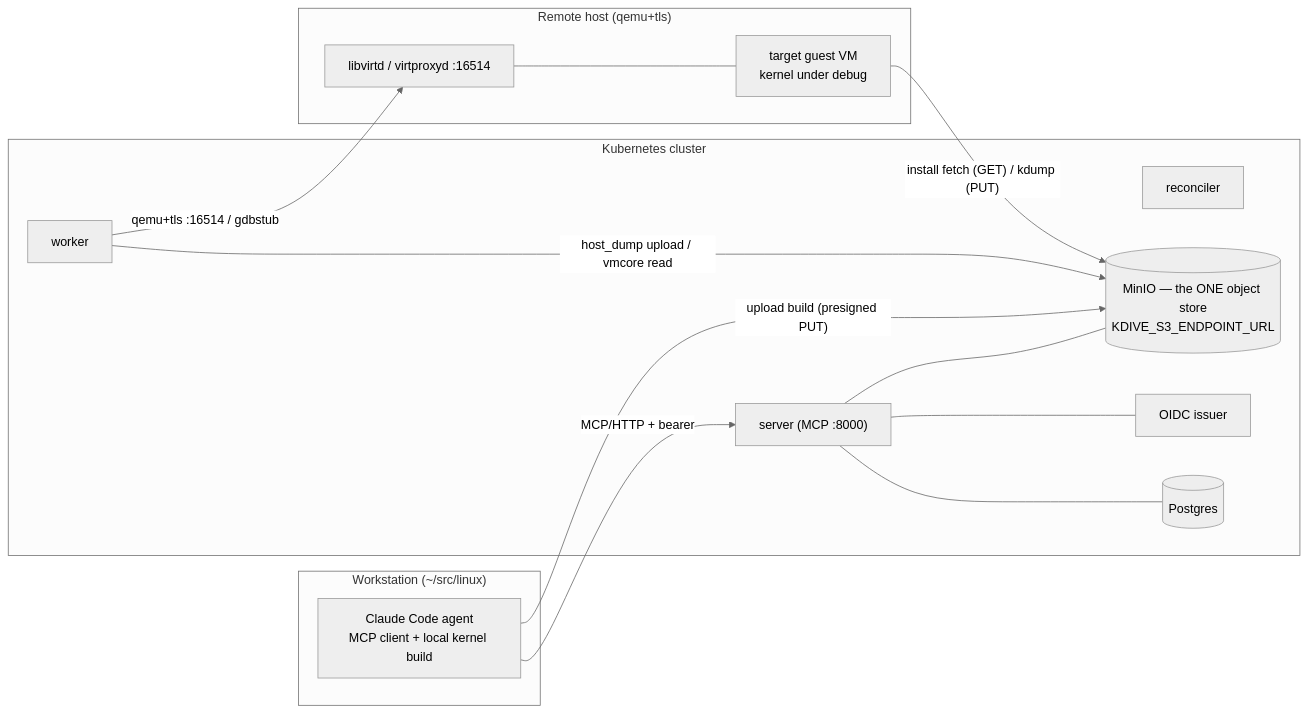
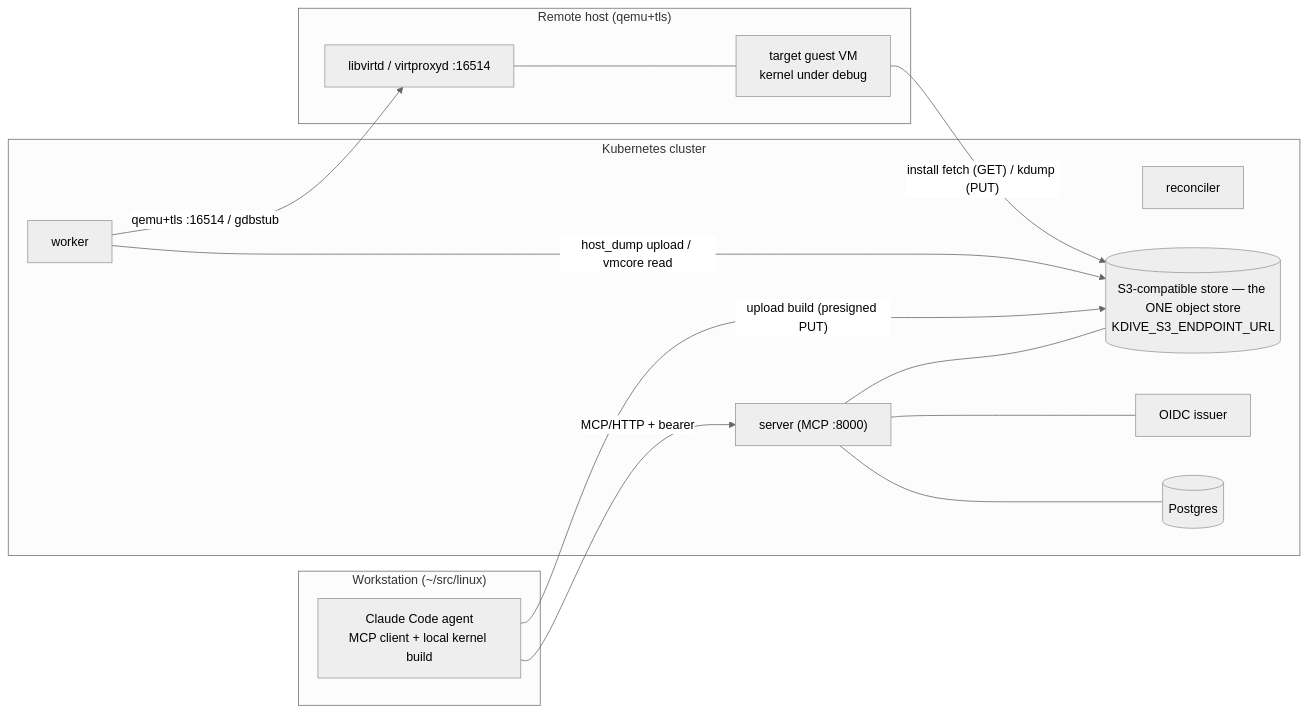
The diagram in docs/operating/runbooks/kubernetes-deploy.md (randomparity/kdive), drawn with Mermaid (neutral theme) before and after one commit. The commit also changed other lines of this file and 2 other files, not shown here.

````diff
--- a/docs/operating/runbooks/kubernetes-deploy.md
+++ b/docs/operating/runbooks/kubernetes-deploy.md
@@ -1882,28 +1882,28 @@
 ```mermaid
 flowchart LR
     subgraph WS["Workstation (~/src/linux)"]
       AG["Claude Code agent<br/>MCP client + local kernel build"]
     end
     subgraph K8S["Kubernetes cluster"]
       SRV["server (MCP :8000)"]
       WRK["worker"]
       REC["reconciler"]
       PG[("Postgres")]
       OIDC["OIDC issuer"]
-      S3[("MinIO — the ONE object store<br/>KDIVE_S3_ENDPOINT_URL")]
+      S3[("S3-compatible store — the ONE object store<br/>KDIVE_S3_ENDPOINT_URL")]
     end
     subgraph HOST["Remote host (qemu+tls)"]
       LV["libvirtd / virtproxyd :16514"]
       GUEST["target guest VM<br/>kernel under debug"]
     end
 
     AG -- "MCP/HTTP + bearer" --> SRV
     AG -- "upload build (presigned PUT)" --> S3
     SRV --- PG
     SRV --- OIDC
     SRV --- S3
     WRK -- "host_dump upload / vmcore read" --> S3
     WRK -- "qemu+tls :16514 / gdbstub" --> LV
     LV --- GUEST
     GUEST -- "install fetch (GET) / kdump (PUT)" --> S3
 ```
````
